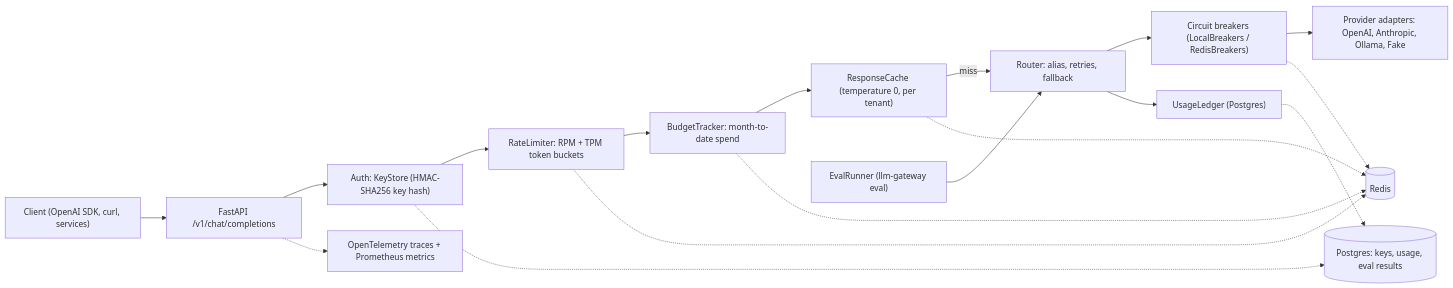
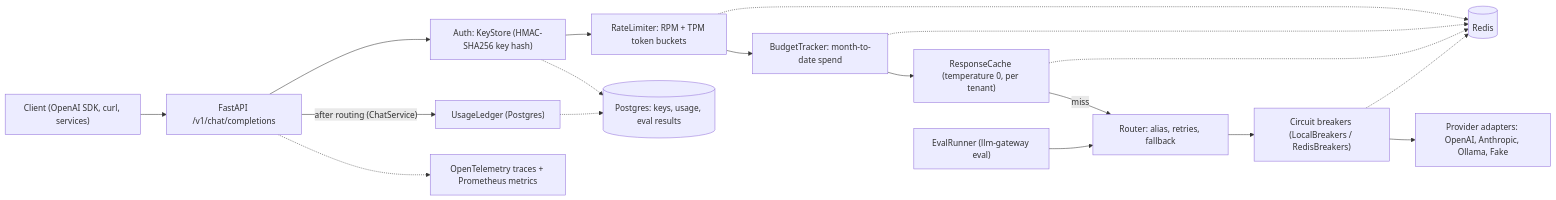
Before and after one commit to huss-huss/llm-gateway: the diagram in README.md, drawn with Mermaid.

Commit message:
docs: draw the usage-ledger write from ChatService, not the router

````diff
--- a/README.md
+++ b/README.md
@@ -36,20 +36,20 @@
 ```mermaid
 flowchart LR
     client["Client (OpenAI SDK, curl, services)"] --> api["FastAPI /v1/chat/completions"]
     api --> auth["Auth: KeyStore (HMAC-SHA256 key hash)"]
     auth --> limits["RateLimiter: RPM + TPM token buckets"]
     limits --> budget["BudgetTracker: month-to-date spend"]
     budget --> cache["ResponseCache (temperature 0, per tenant)"]
     cache -->|miss| router["Router: alias, retries, fallback"]
     router --> breaker["Circuit breakers (LocalBreakers / RedisBreakers)"]
     breaker --> adapters["Provider adapters: OpenAI, Anthropic, Ollama, Fake"]
-    router --> ledger["UsageLedger (Postgres)"]
+    api -->|"after routing (ChatService)"| ledger["UsageLedger (Postgres)"]
     limits -.-> redis[("Redis")]
     budget -.-> redis
     cache -.-> redis
     breaker -.-> redis
     auth -.-> pg[("Postgres: keys, usage, eval results")]
     ledger -.-> pg
     api -.-> obs["OpenTelemetry traces + Prometheus metrics"]
     evals["EvalRunner (llm-gateway eval)"] --> router
 ```
````
